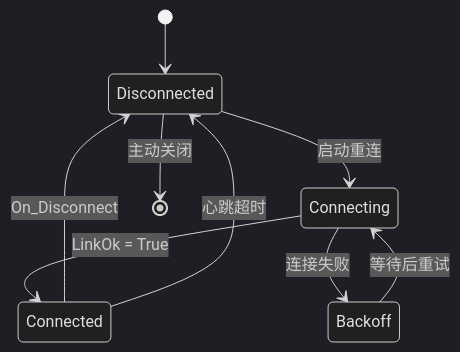
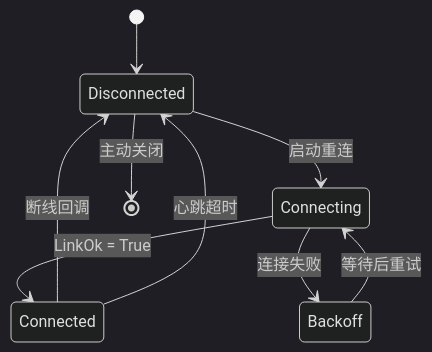
The second of 5 diagrams in doc/LF_Reconnect_Strategy.md (PassByYou888/LingoFuse), drawn with Mermaid (dark theme) before and after one commit. The commit also changed other lines of this file, not shown here.

````diff
--- a/doc/LF_Reconnect_Strategy.md
+++ b/doc/LF_Reconnect_Strategy.md
@@ -36,11 +64,11 @@
 ```mermaid
 stateDiagram-v2
     [*] --> Disconnected
     Disconnected --> Connecting: 启动重连
     Connecting --> Connected: LinkOk = True
     Connecting --> Backoff: 连接失败
     Backoff --> Connecting: 等待后重试
-    Connected --> Disconnected: On_Disconnect
+    Connected --> Disconnected: 断线回调
     Connected --> Disconnected: 心跳超时
     Disconnected --> [*]: 主动关闭
 ```
````
